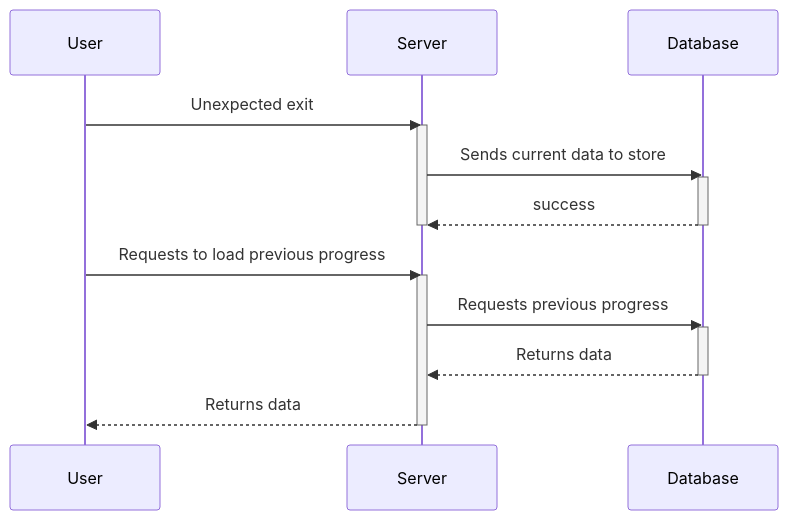
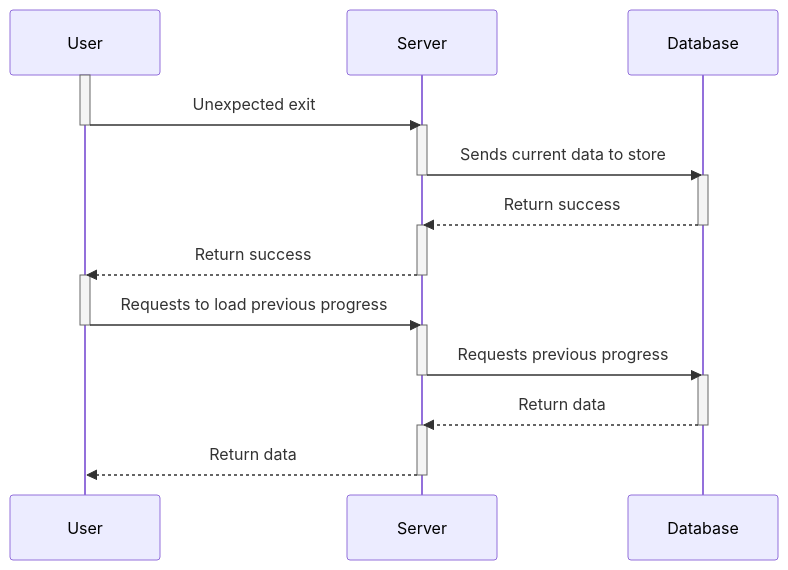
The eighth of 8 diagrams in documentation/docs/system-architecture/Sequence Diagrams.md (capstone-projects-2024-fall/project-whiteboardflow), drawn with Mermaid before and after one commit. The commit also changed other lines of this file, not shown here.

First line of the commit message:
Revise sequence diagrams

````diff
--- a/documentation/docs/system-architecture/Sequence Diagrams.md
+++ b/documentation/docs/system-architecture/Sequence Diagrams.md
@@ -238,26 +281,41 @@
 ```mermaid
 
 sequenceDiagram
 
 participant User
 participant Server
 participant Database
 
+activate User
 User ->> Server: Unexpected exit
+deactivate User
+
 activate Server
 Server ->> Database: Sends current data to store
-activate Database
-Database -->> Server: success
-deactivate Database
 deactivate Server
 
+activate Database
+Database -->> Server: Return success
+deactivate Database
+
+activate Server
+Server -->> User: Return success
+deactivate Server
+
+activate User
 User ->> Server: Requests to load previous progress
+deactivate User
+
 activate Server
 Server ->> Database: Requests previous progress
+deactivate Server
+
 activate Database
-Database -->> Server: Returns data
+Database -->> Server: Return data
 deactivate Database
-Server -->> User: Returns data
+
+activate Server
+Server -->> User: Return data
 deactivate Server
 
 ```
````
